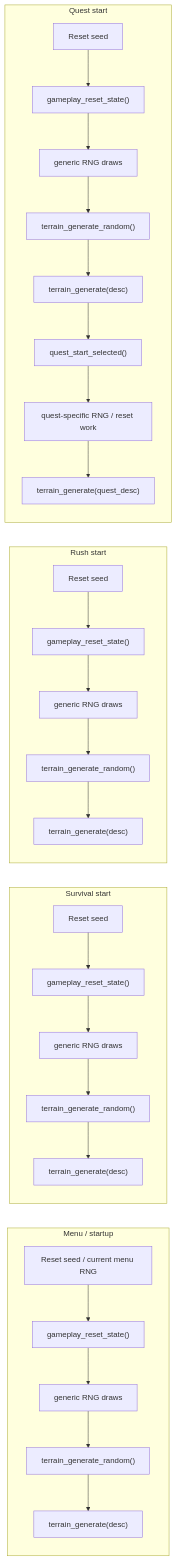
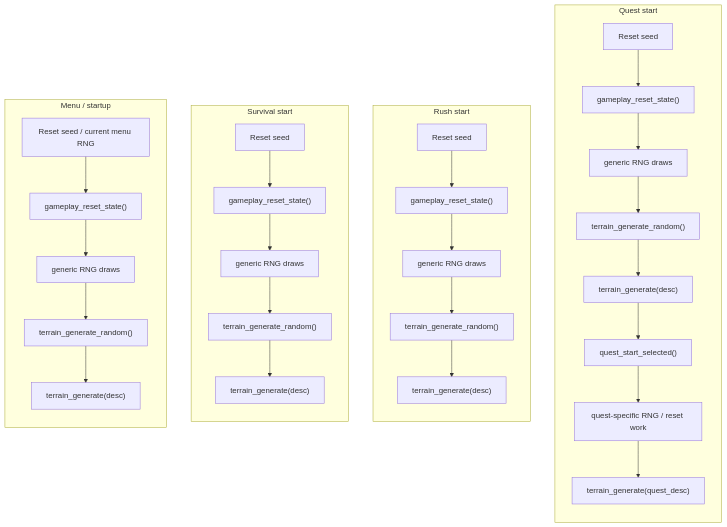
One commit to banteg/crimson changed the first of 3 diagrams in docs/rewrite/replay-run-start.md. Above: the diagram before and after it, drawn with Mermaid.

Commit message:
docs: align mode terrain flows side by side

````diff
--- a/docs/rewrite/replay-run-start.md
+++ b/docs/rewrite/replay-run-start.md
@@ -84,33 +84,53 @@
 ```mermaid
 flowchart LR
     subgraph Menu["Menu / startup"]
+        direction TB
         M0["Reset seed / current menu RNG"] --> M1["gameplay_reset_state()"]
         M1 --> M2["generic RNG draws"]
         M2 --> M3["terrain_generate_random()"]
         M3 --> M4["terrain_generate(desc)"]
     end
 
     subgraph Survival["Survival start"]
+        direction TB
         S0["Reset seed"] --> S1["gameplay_reset_state()"]
         S1 --> S2["generic RNG draws"]
         S2 --> S3["terrain_generate_random()"]
         S3 --> S4["terrain_generate(desc)"]
     end
 
     subgraph Rush["Rush start"]
+        direction TB
         R0["Reset seed"] --> R1["gameplay_reset_state()"]
         R1 --> R2["generic RNG draws"]
         R2 --> R3["terrain_generate_random()"]
         R3 --> R4["terrain_generate(desc)"]
     end
 
     subgraph Quest["Quest start"]
+        direction TB
         Q0["Reset seed"] --> Q1["gameplay_reset_state()"]
         Q1 --> Q2["generic RNG draws"]
         Q2 --> Q3["terrain_generate_random()"]
         Q3 --> Q4["terrain_generate(desc)"]
         Q4 --> Q5["quest_start_selected()"]
         Q5 --> Q6["quest-specific RNG / reset work"]
         Q6 --> Q7["terrain_generate(quest_desc)"]
     end
+
+    M0 ~~~ S0
+    S0 ~~~ R0
+    R0 ~~~ Q0
+    M1 ~~~ S1
+    S1 ~~~ R1
+    R1 ~~~ Q1
+    M2 ~~~ S2
+    S2 ~~~ R2
+    R2 ~~~ Q2
+    M3 ~~~ S3
+    S3 ~~~ R3
+    R3 ~~~ Q3
+    M4 ~~~ S4
+    S4 ~~~ R4
+    R4 ~~~ Q4
 ```
````
